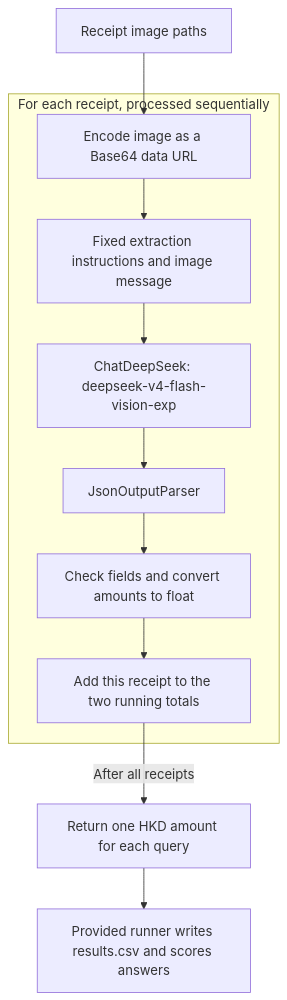
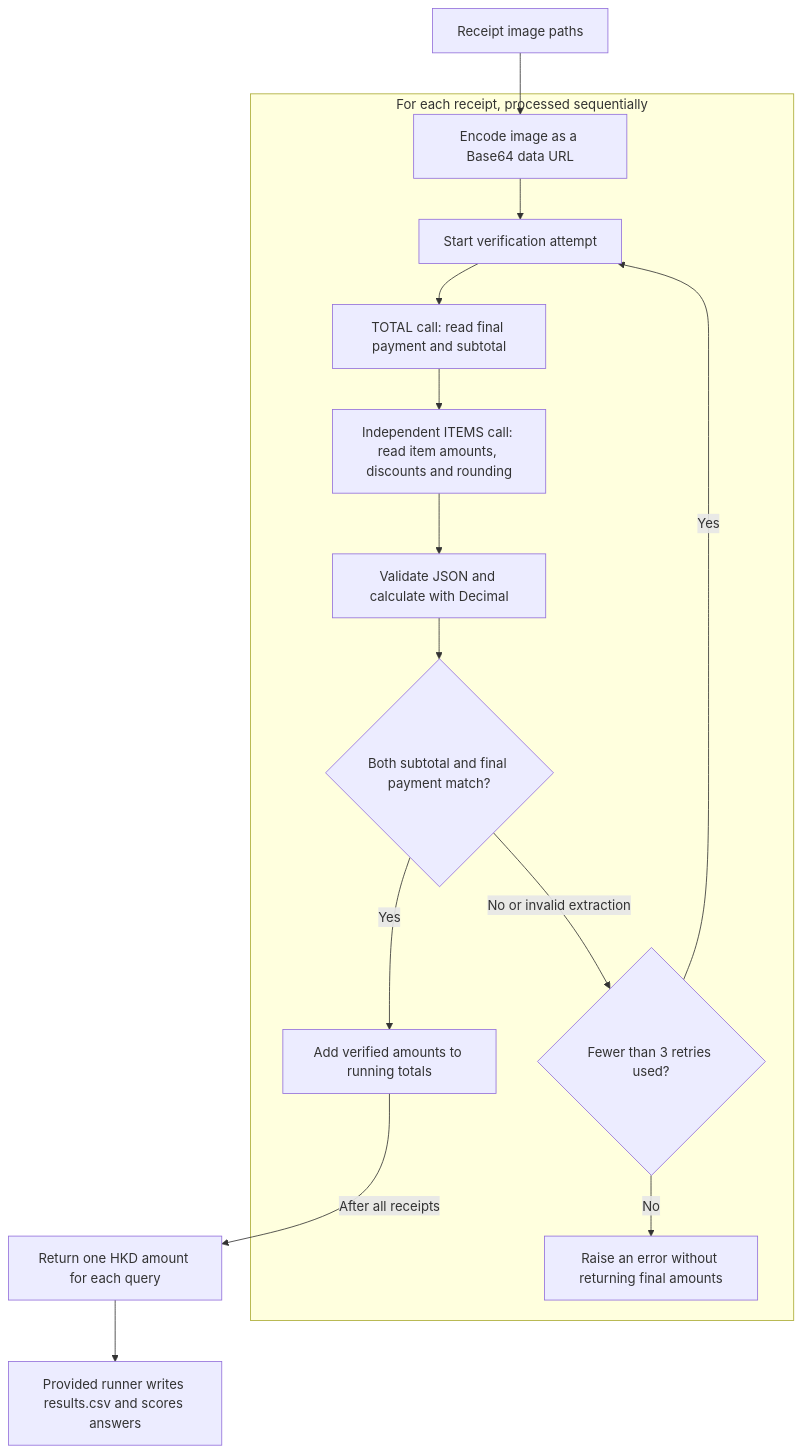
The diagram in README.md (Shiqiyan330/FTEC5660), drawn with Mermaid before and after one commit. The commit also changed other lines of this file and 3 other files, not shown here.

````diff
--- a/README.md
+++ b/README.md
@@ -53,13 +53,17 @@
 ```mermaid
 flowchart TD
     A[Receipt image paths] --> B
     subgraph R[For each receipt, processed sequentially]
-        B[Encode image as a Base64 data URL] --> C[Fixed extraction instructions and image message]
-        C --> D[ChatDeepSeek: deepseek-v4-flash-vision-exp]
-        D --> E[JsonOutputParser]
-        E --> F[Check fields and convert amounts to float]
-        F --> G[Add this receipt to the two running totals]
+        B[Encode image as a Base64 data URL] --> C[Start verification attempt]
+        C --> D[TOTAL call: read final payment and subtotal]
+        D --> E[Independent ITEMS call: read item amounts, discounts and rounding]
+        E --> F[Validate JSON and calculate with Decimal]
+        F --> J{Both subtotal and final payment match?}
+        J -->|Yes| G[Add verified amounts to running totals]
+        J -->|No or invalid extraction| K{Fewer than 3 retries used?}
+        K -->|Yes| C
+        K -->|No| L[Raise an error without returning final amounts]
     end
     G -->|After all receipts| H[Return one HKD amount for each query]
     H --> I[Provided runner writes results.csv and scores answers]
 ```
````
